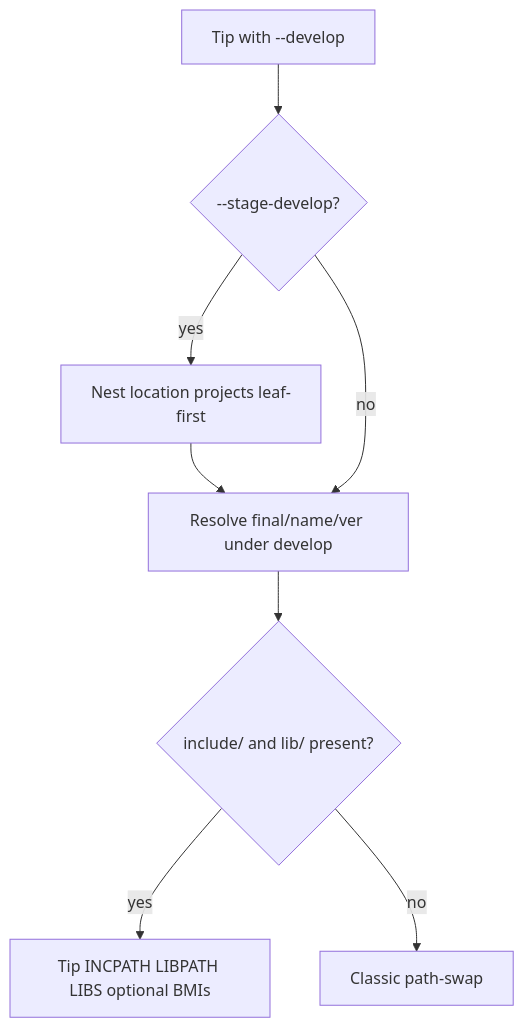
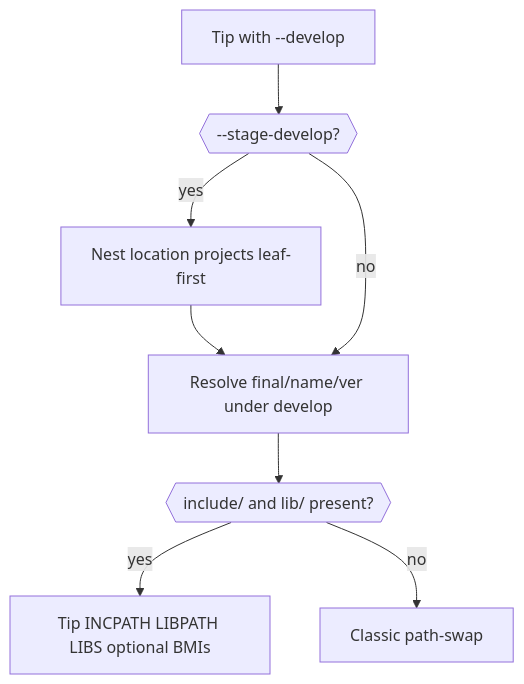
The diagram in design/archive/stage-develop-locations.md (ja11sop/cuppa), drawn with Mermaid before and after one commit. The commit also changed 32 other files, not shown here.

````diff
--- a/design/archive/stage-develop-locations.md
+++ b/design/archive/stage-develop-locations.md
@@ -330,16 +330,16 @@
 ```mermaid
 flowchart TD
   tip[Tip with --develop]
-  nest{"--stage-develop?"}
+  nest{{"--stage-develop?"}}
   nestBuild[Nest location projects leaf-first]
   resolve[Resolve final/name/ver under develop]
-  hasStage{include/ and lib/ present?}
+  hasStage{{include/ and lib/ present?}}
   consume[Tip INCPATH LIBPATH LIBS optional BMIs]
   pathSwap[Classic path-swap]
   tip --> nest
   nest -->|yes| nestBuild --> resolve
   nest -->|no| resolve
   resolve --> hasStage
   hasStage -->|yes| consume
   hasStage -->|no| pathSwap
 ```
````
